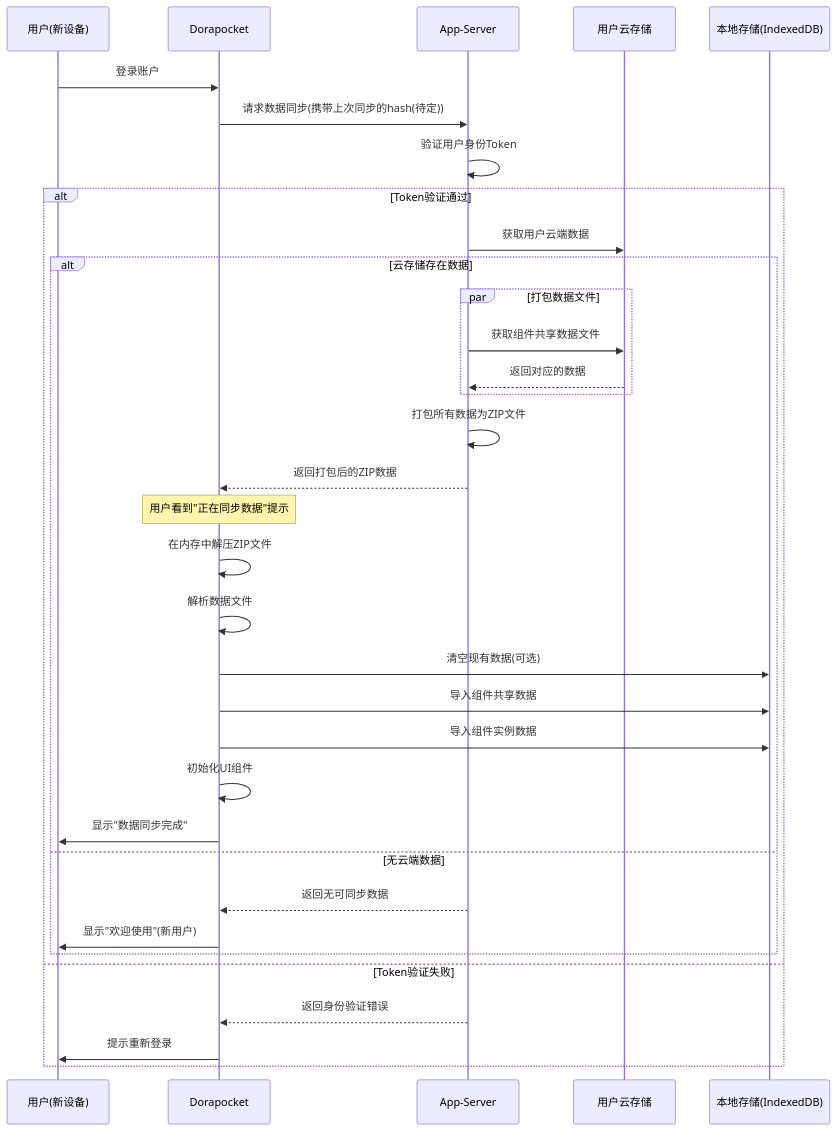
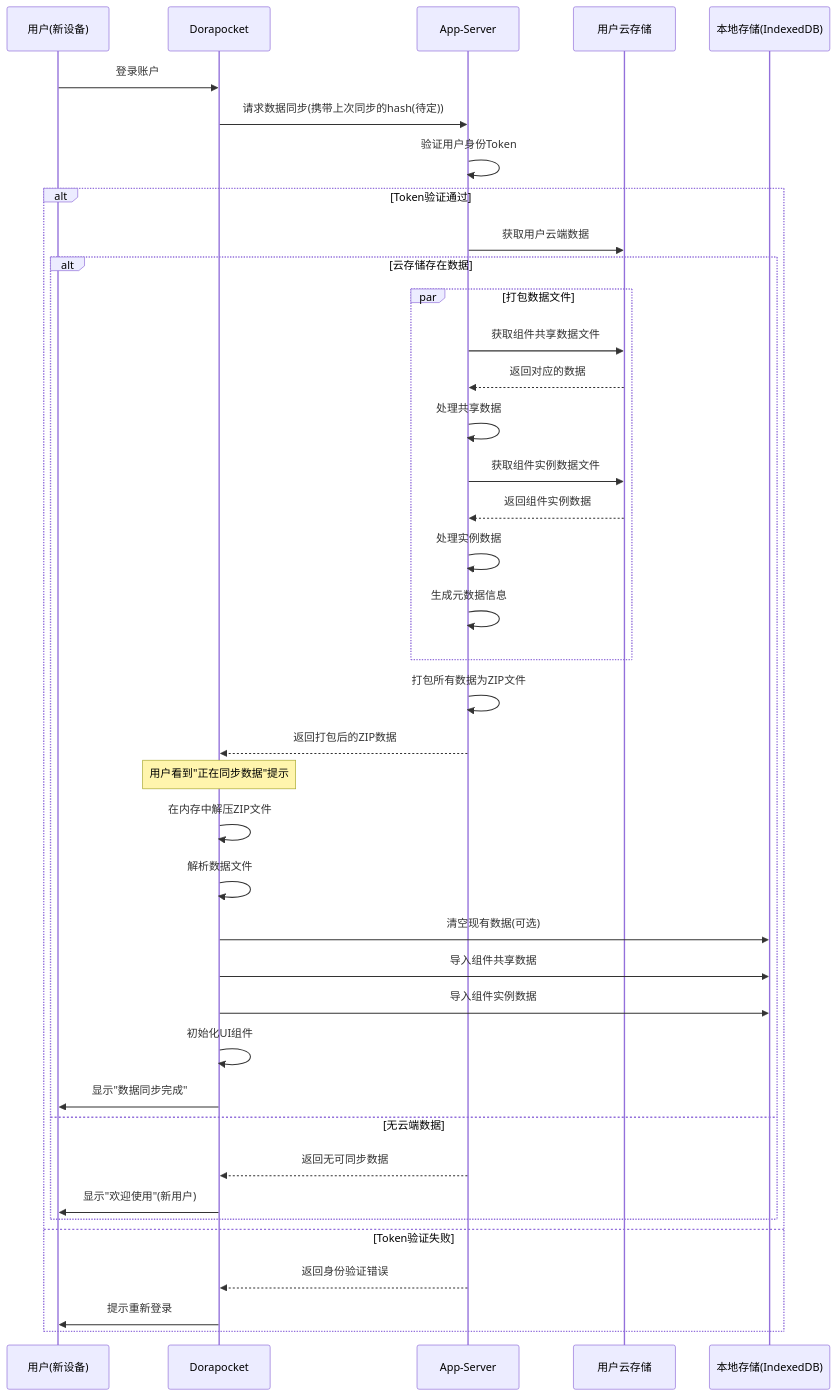
One commit to yingjianzh/iodraw-files changed the diagram in all/未命名-38.md. Above: the diagram before and after it, drawn with Mermaid.

Commit message:
2025-04-21 13:59:15 update

````diff
--- a/all/未命名-38.md
+++ b/all/未命名-38.md
@@ -1,46 +1,53 @@
 ```mermaid
 sequenceDiagram
     participant User as 用户(新设备)
     participant App as Dorapocket
     participant AppServer as App-Server
     participant UserCloud as 用户云存储
     participant LocalDB as 本地存储(IndexedDB)
     
     User->>App: 登录账户
     
     App->>AppServer: 请求数据同步(携带上次同步的hash(待定))
     AppServer->>AppServer: 验证用户身份Token
     
     alt Token验证通过
         AppServer->>UserCloud: 获取用户云端数据
         
         
         alt 云存储存在数据
             par 打包数据文件
                 AppServer->>UserCloud: 获取组件共享数据文件
                 UserCloud-->>AppServer: 返回对应的数据
+                AppServer->>AppServer: 处理共享数据
+                
+                AppServer->>UserCloud: 获取组件实例数据文件
+                UserCloud-->>AppServer: 返回组件实例数据
+                AppServer->>AppServer: 处理实例数据
+                
+                AppServer->>AppServer: 生成元数据信息
             end
             
             AppServer->>AppServer: 打包所有数据为ZIP文件
             AppServer-->>App: 返回打包后的ZIP数据
             
             Note over App: 用户看到"正在同步数据"提示
             
             App->>App: 在内存中解压ZIP文件
             App->>App: 解析数据文件
             
             App->>LocalDB: 清空现有数据(可选)
             App->>LocalDB: 导入组件共享数据
             App->>LocalDB: 导入组件实例数据
             
             App->>App: 初始化UI组件
             App->>User: 显示"数据同步完成"
         else 无云端数据
             AppServer-->>App: 返回无可同步数据
             App->>User: 显示"欢迎使用"(新用户)
         end
     else Token验证失败
         AppServer-->>App: 返回身份验证错误
         App->>User: 提示重新登录
     end
 ```
````
